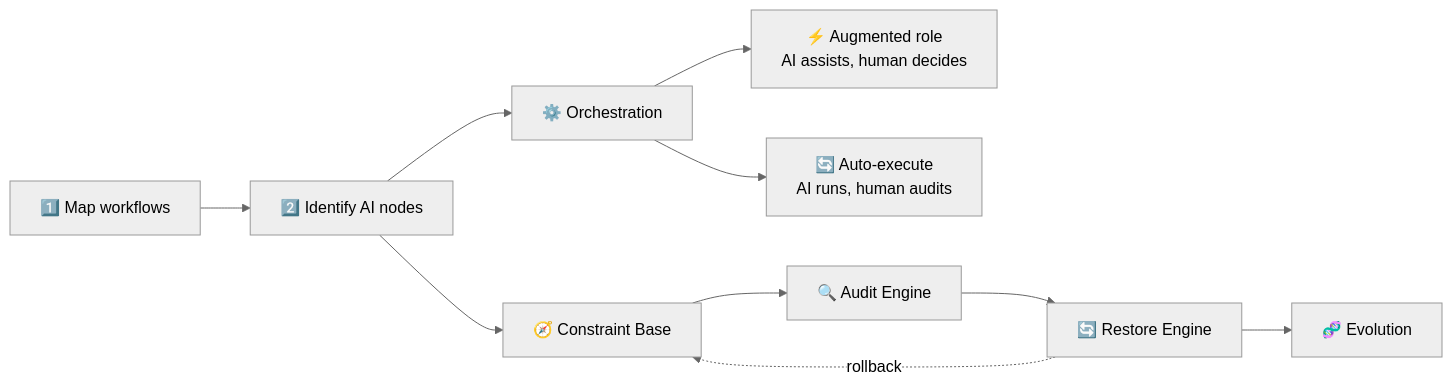
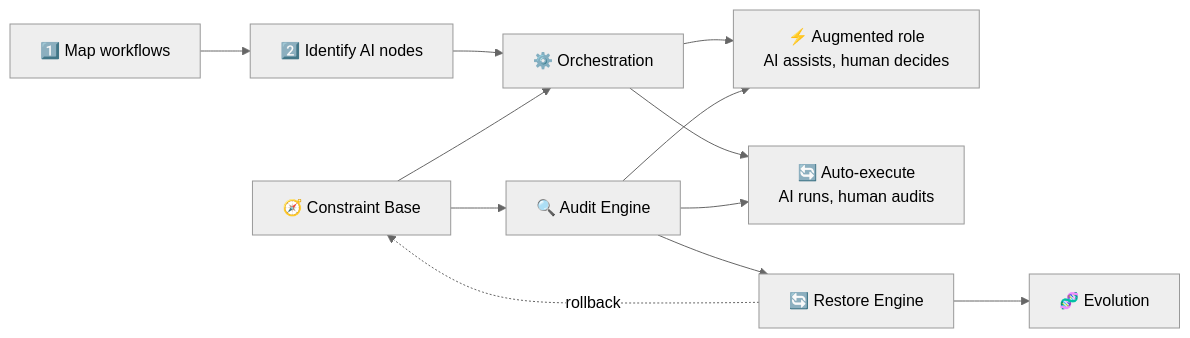
The first of 5 diagrams in README.en.md (KongFangXun/sofagent), drawn with Mermaid (neutral theme) before and after one commit. The commit also changed 1 other file, not shown here.

Commit message:
docs: FDE Mermaid治理链环绕执行节点——约束→编排，审计→两个节点

````diff
--- a/README.en.md
+++ b/README.en.md
@@ -77,10 +77,13 @@
 ```mermaid
 graph LR
     1["1️⃣ Map workflows"] --> 2["2️⃣ Identify AI nodes"]
     2 --> H["⚙️ Orchestration"]
     H --> J["⚡ Augmented role<br/>AI assists, human decides"]
     H --> K["🔄 Auto-execute<br/>AI runs, human audits"]
 
-    2 --> E["🧭 Constraint Base"] --> F["🔍 Audit Engine"] --> G["🔄 Restore Engine"] --> I["🧬 Evolution"]
+    E["🧭 Constraint Base"] --> F["🔍 Audit Engine"] --> G["🔄 Restore Engine"] --> I["🧬 Evolution"]
+    E --> H
+    F --> J
+    F --> K
     G -.-> |rollback| E
 ```
````
